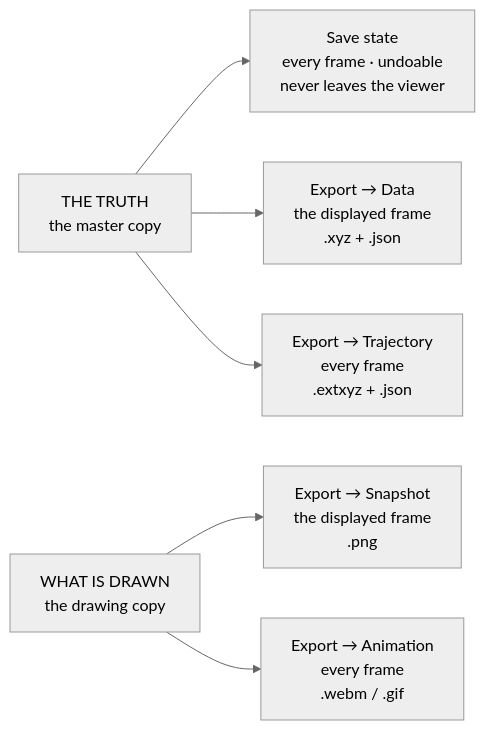
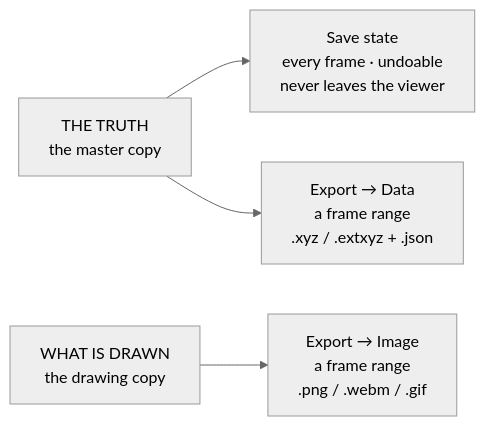
The tenth of 10 diagrams in docs/web/molview.md (Qing-LAB/molbuilder), drawn with Mermaid (neutral theme) before and after one commit. The commit also changed other lines of this file, not shown here.

````diff
--- a/docs/web/molview.md
+++ b/docs/web/molview.md
@@ -2397,15 +2396,11 @@
 ```mermaid
 flowchart LR
     T["THE TRUTH<br/>the master copy"]
     V["WHAT IS DRAWN<br/>the drawing copy"]
     S["Save state<br/>every frame · undoable<br/>never leaves the viewer"]
-    D["Export → Data<br/>the displayed frame<br/>.xyz + .json"]
-    J["Export → Trajectory<br/>every frame<br/>.extxyz + .json"]
-    P["Export → Snapshot<br/>the displayed frame<br/>.png"]
-    A["Export → Animation<br/>every frame<br/>.webm / .gif"]
+    D["Export → Data<br/>a frame range<br/>.xyz / .extxyz + .json"]
+    P["Export → Image<br/>a frame range<br/>.png / .webm / .gif"]
     T --> S
     T --> D
-    T --> J
     V --> P
-    V --> A
 ```
````
